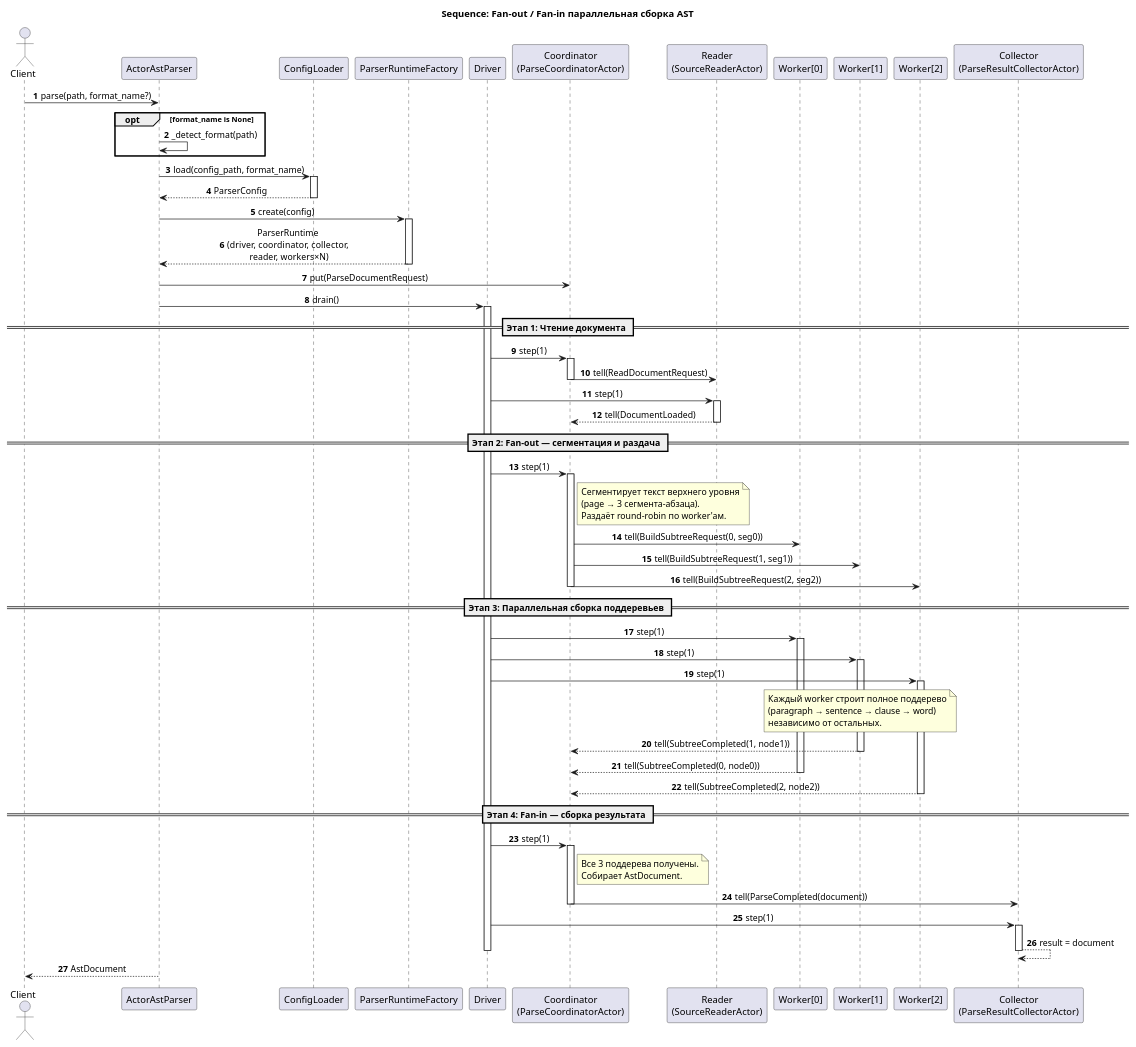
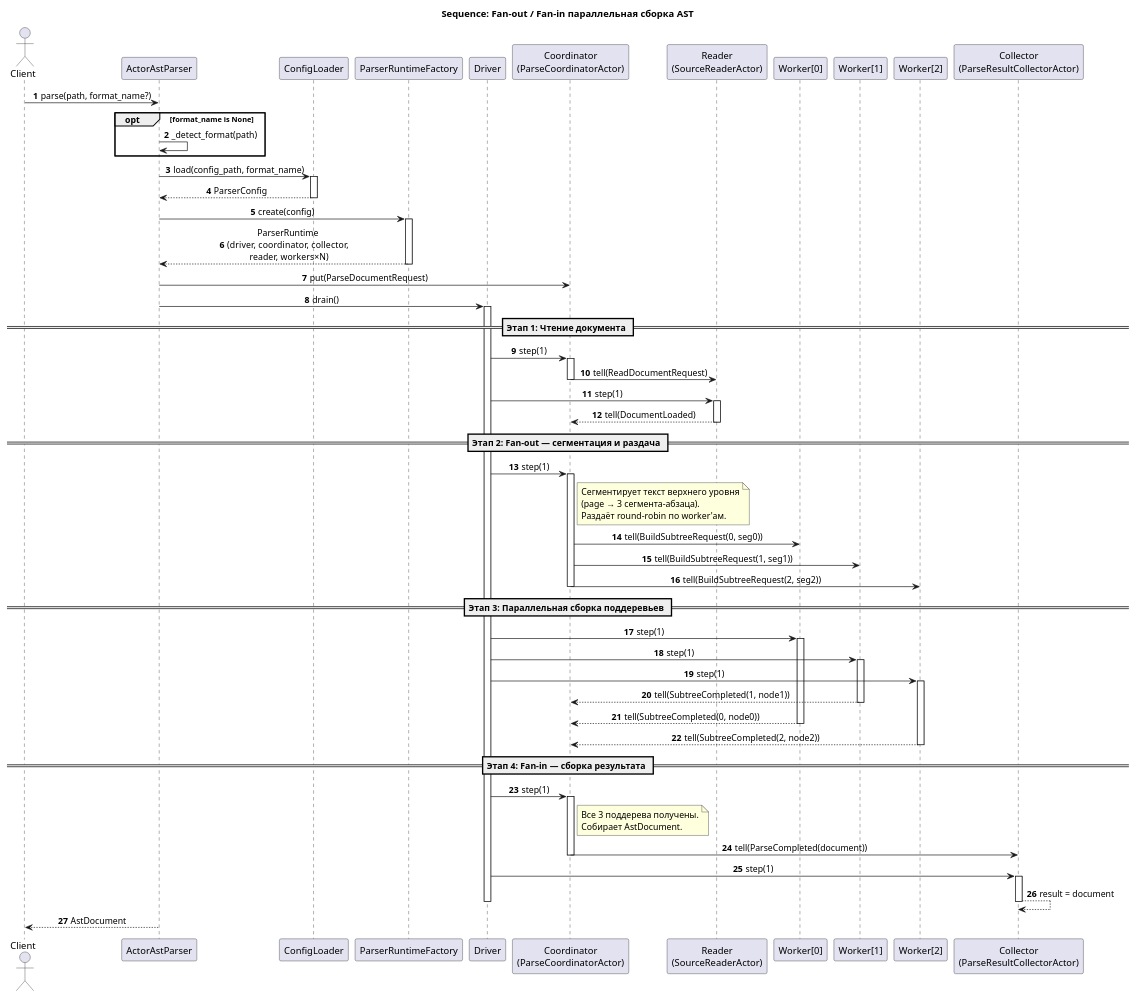
One commit to Forthey/DiGr changed the diagram in docs/uml/fanout_sequence.puml. Above: the diagram before and after it, drawn with PlantUML. The commit also changed 13 other files, not shown here.

```diff
--- a/docs/uml/fanout_sequence.puml
+++ b/docs/uml/fanout_sequence.puml
@@ -1,109 +1,103 @@
 @startuml
 autonumber
 skinparam shadowing false
 skinparam sequenceMessageAlign center
 skinparam responseMessageBelowArrow true
 
 title Sequence: Fan-out / Fan-in параллельная сборка AST
 
 actor Client
 participant ActorAstParser
 participant ConfigLoader
 participant ParserRuntimeFactory
 participant Driver
 participant Coordinator as "Coordinator\n(ParseCoordinatorActor)"
 participant Reader as "Reader\n(SourceReaderActor)"
 participant "Worker[0]" as W0
 participant "Worker[1]" as W1
 participant "Worker[2]" as W2
 participant Collector as "Collector\n(ParseResultCollectorActor)"
 
 Client -> ActorAstParser: parse(path, format_name?)
 
 opt format_name is None
   ActorAstParser -> ActorAstParser: _detect_format(path)
 end
 
 ActorAstParser -> ConfigLoader: load(config_path, format_name)
 activate ConfigLoader
 ConfigLoader --> ActorAstParser: ParserConfig
 deactivate ConfigLoader
 
 ActorAstParser -> ParserRuntimeFactory: create(config)
 activate ParserRuntimeFactory
 ParserRuntimeFactory --> ActorAstParser: ParserRuntime\n(driver, coordinator, collector,\n reader, workers×N)
 deactivate ParserRuntimeFactory
 
 ActorAstParser -> Coordinator: put(ParseDocumentRequest)
 ActorAstParser -> Driver: drain()
 activate Driver
 
 == Этап 1: Чтение документа ==
 
 Driver -> Coordinator: step(1)
 activate Coordinator
 Coordinator -> Reader: tell(ReadDocumentRequest)
 deactivate Coordinator
 
 Driver -> Reader: step(1)
 activate Reader
 Reader --> Coordinator: tell(DocumentLoaded)
 deactivate Reader
 
 == Этап 2: Fan-out — сегментация и раздача ==
 
 Driver -> Coordinator: step(1)
 activate Coordinator
 note right of Coordinator
   Сегментирует текст верхнего уровня
   (page → 3 сегмента-абзаца).
   Раздаёт round-robin по worker'ам.
 end note
 Coordinator -> W0: tell(BuildSubtreeRequest(0, seg0))
 Coordinator -> W1: tell(BuildSubtreeRequest(1, seg1))
 Coordinator -> W2: tell(BuildSubtreeRequest(2, seg2))
 deactivate Coordinator
 
 == Этап 3: Параллельная сборка поддеревьев ==
 
 Driver -> W0: step(1)
 activate W0
 Driver -> W1: step(1)
 activate W1
 Driver -> W2: step(1)
 activate W2
 
-note over W0, W2
-  Каждый worker строит полное поддерево
-  (paragraph → sentence → clause → word)
-  независимо от остальных.
-end note
-
 W1 --> Coordinator: tell(SubtreeCompleted(1, node1))
 deactivate W1
 W0 --> Coordinator: tell(SubtreeCompleted(0, node0))
 deactivate W0
 W2 --> Coordinator: tell(SubtreeCompleted(2, node2))
 deactivate W2
 
 == Этап 4: Fan-in — сборка результата ==
 
 Driver -> Coordinator: step(1)
 activate Coordinator
 note right of Coordinator
   Все 3 поддерева получены.
   Собирает AstDocument.
 end note
 Coordinator -> Collector: tell(ParseCompleted(document))
 deactivate Coordinator
 
 Driver -> Collector: step(1)
 activate Collector
 Collector --> Collector: result = document
 deactivate Collector
 
 deactivate Driver
 
 ActorAstParser --> Client: AstDocument
 
 @enduml
```
